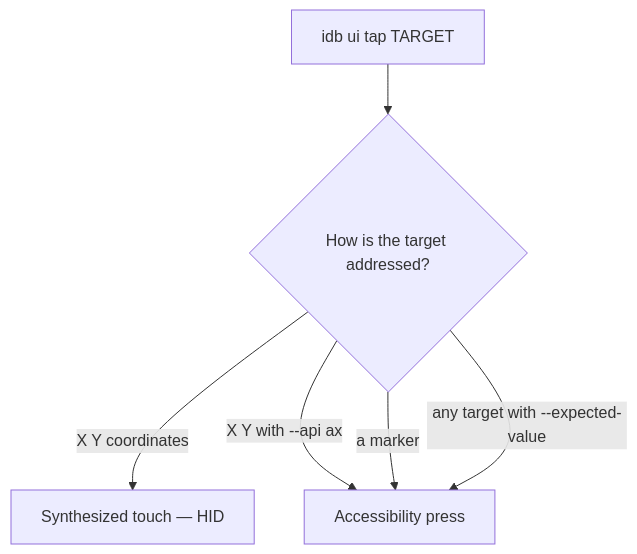
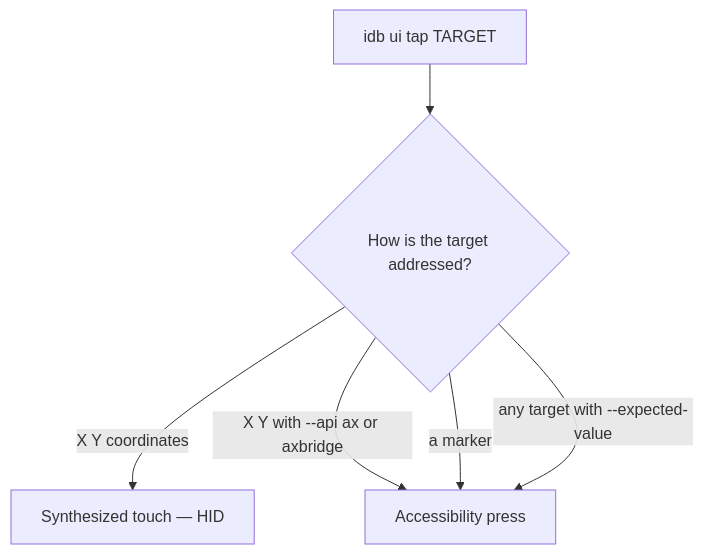
One commit to facebook/idb changed the diagram in website/docs/idb/ui.mdx. Above: the diagram before and after it, drawn with Mermaid. The commit also changed other lines of this file and 1 other file, not shown here.

````diff
--- a/website/docs/idb/ui.mdx
+++ b/website/docs/idb/ui.mdx
@@ -133,8 +148,8 @@
 ```mermaid
 flowchart TD
     tap["idb ui tap TARGET"] --> kind{"How is the target addressed?"}
     kind -- "X Y coordinates" --> hid["Synthesized touch — HID"]
-    kind -- "X Y with --api ax" --> press["Accessibility press"]
+    kind -- "X Y with --api ax or axbridge" --> press["Accessibility press"]
     kind -- "a marker" --> press
     kind -- "any target with --expected-value" --> press
 ```
````
